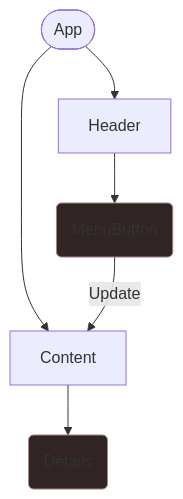
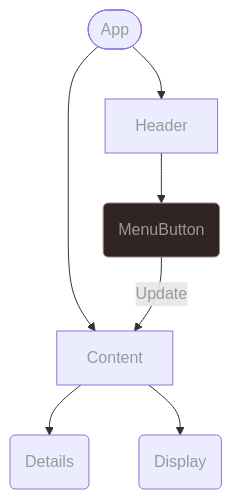
Before and after one commit to xram64/tma-react-gallery: the diagram in src/component-graph.md, drawn with Mermaid. The commit also changed 1 other file, not shown here.

Commit message:
More progress
Need to move state updates out of Content render().

````diff
--- a/src/component-graph.md
+++ b/src/component-graph.md
@@ -1,14 +1,24 @@
 ```mermaid
 
 graph TD
+    %% Flowchart %%
     A([App])
+    
     A --> H[Header]
     A --> C[Content]
-    H --> M(MenuButton)
-    style M fill:#302424, stroke:#a08282;
-    C --> D(Details)
-    style D fill:#302424, stroke:#a08282;
+    H --> mb(MenuButton)
+    
+    C --> DT(Details)
+    C --> DS(Display)
+    
+    mb --> |Update| C
 
-    M --> |Update| C
+
+    %% Styling %%
+    classDef helper fill:#302424,stroke:#a08282;
+    class mb helper;
+
+    classDef root color:#999;
+    class A root;
 
 ```
````
